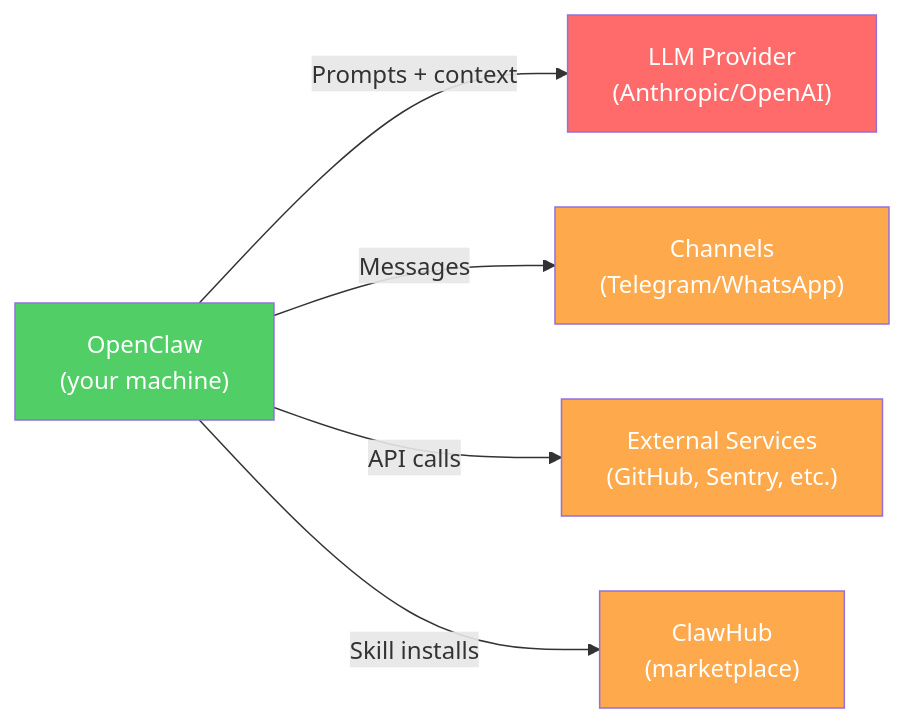
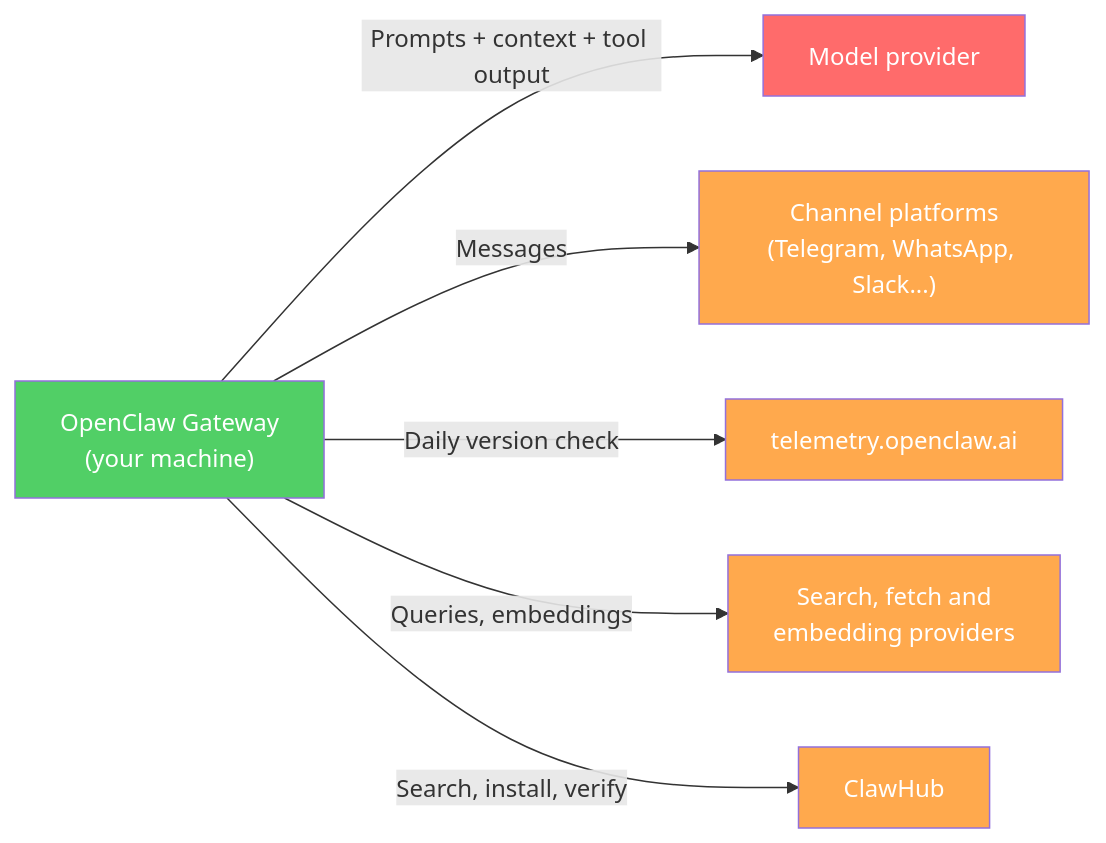
Before and after one commit to clawdocs/clawdocs.github.io: the diagram in docs/guides/privacy-compliance.md, drawn with Mermaid. The commit also changed other lines of this file, not shown here.

````diff
--- a/docs/guides/privacy-compliance.md
+++ b/docs/guides/privacy-compliance.md
@@ -23,13 +24,15 @@
 ```mermaid
 flowchart LR
-    OC["OpenClaw<br/>(your machine)"] -->|Prompts + context| LLM["LLM Provider<br/>(Anthropic/OpenAI)"]
-    OC -->|Messages| CH["Channels<br/>(Telegram/WhatsApp)"]
-    OC -->|API calls| EXT["External Services<br/>(GitHub, Sentry, etc.)"]
-    OC -->|Skill installs| HUB["ClawHub<br/>(marketplace)"]
+    OC["OpenClaw Gateway<br/>(your machine)"] -->|Prompts + context + tool output| LLM["Model provider"]
+    OC -->|Messages| CH["Channel platforms<br/>(Telegram, WhatsApp, Slack...)"]
+    OC -->|Daily version check| TEL["telemetry.openclaw.ai"]
+    OC -->|Queries, embeddings| EXT["Search, fetch and<br/>embedding providers"]
+    OC -->|Search, install, verify| HUB["ClawHub"]
 
     style LLM fill:#ff6b6b,color:#fff
     style CH fill:#ffa94d,color:#fff
+    style TEL fill:#ffa94d,color:#fff
     style EXT fill:#ffa94d,color:#fff
     style HUB fill:#ffa94d,color:#fff
     style OC fill:#51cf66,color:#fff
 ```
````
